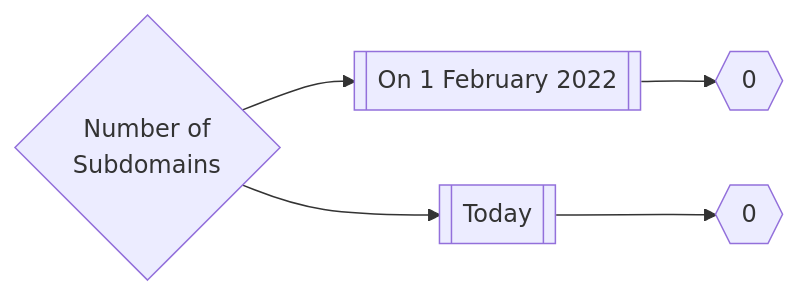
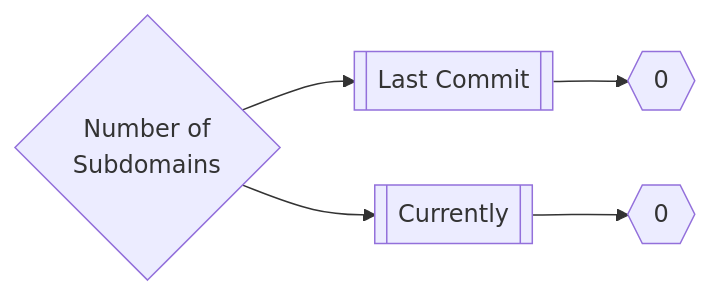
One commit to trickest/inventory changed the first of 3 diagrams in README.md. Above: the diagram before and after it, drawn with Mermaid. The commit also changed other lines of this file, not shown here.

Commit message:
Update mermaid graphs

````diff
--- a/README.md
+++ b/README.md
@@ -13,5 +13,5 @@
 ```mermaid
 graph LR
-title{Number of<br>Subdomains} --> subdomainsDate1[[On 1 February 2022]] --> subdomainsNum1{{0}}
-title --> subdomainsDate2[[Today]] --> subdomainsNum2{{0}}
+title{Number of<br>Subdomains} --> subdomainsDate1[[Last Commit]] --> subdomainsNum1{{0}}
+title --> subdomainsDate2[[Currently]] --> subdomainsNum2{{0}}
 ```
````
